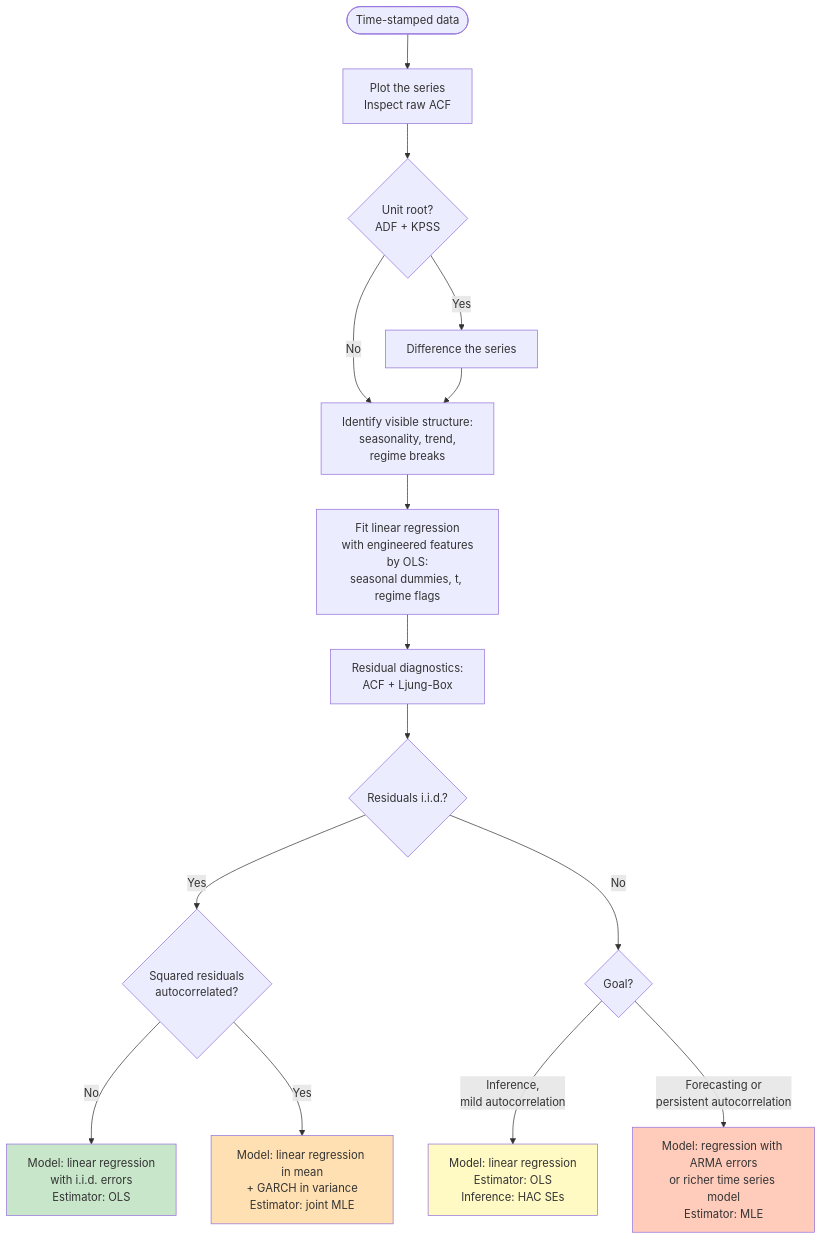
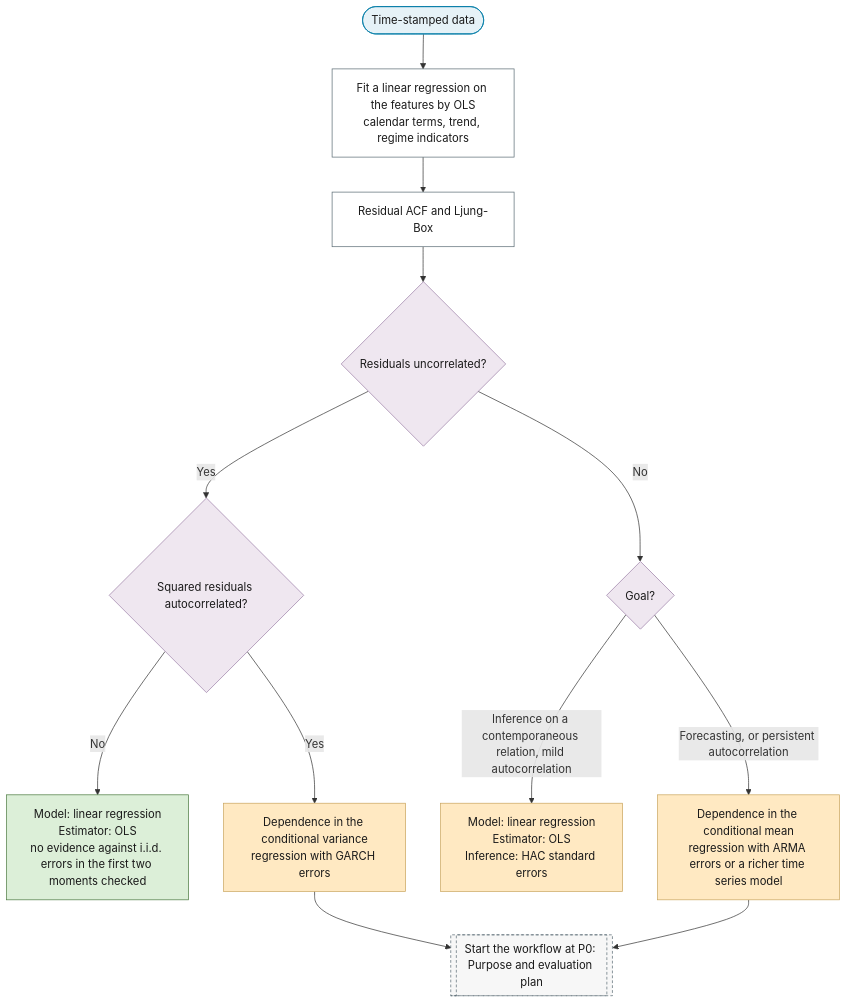
Before and after one commit to Shuxin-Y/time-series-analysis-manual: the diagram in docs/00-foundations/do-you-need-time-series-analysis.md, drawn with Mermaid. The commit also changed other lines of this file and 5 other files, not shown here.

First line of the commit message:
fix(part0): test logic, the gateway question on the errors, OLS assumption consequences

````diff
--- a/docs/00-foundations/do-you-need-time-series-analysis.md
+++ b/docs/00-foundations/do-you-need-time-series-analysis.md
@@ -48,23 +56,26 @@
 ```mermaid
 %% audit: skip
 graph TD
-    START([Time-stamped data]) --> PLOT[Plot the series<br/>Inspect raw ACF]
-    PLOT --> UNITROOT{Unit root?<br/>ADF + KPSS}
-    UNITROOT -->|Yes| DIFF[Difference the series]
-    UNITROOT -->|No| FEATURES[Identify visible structure:<br/>seasonality, trend,<br/>regime breaks]
-    DIFF --> FEATURES
-    FEATURES --> FIT[Fit linear regression<br/>with engineered features<br/>by OLS:<br/>seasonal dummies, t, regime flags]
-    FIT --> DIAG[Residual diagnostics:<br/>ACF + Ljung-Box]
-    DIAG --> RESIID{Residuals i.i.d.?}
-    RESIID -->|Yes| SQACF{Squared residuals<br/>autocorrelated?}
-    RESIID -->|No| GOAL{Goal?}
-    SQACF -->|No| OLSOK[Model: linear regression<br/>with i.i.d. errors<br/>Estimator: OLS]
-    SQACF -->|Yes| GARCH[Model: linear regression in mean<br/>+ GARCH in variance<br/>Estimator: joint MLE]
-    GOAL -->|Inference,<br/>mild autocorrelation| HAC[Model: linear regression<br/>Estimator: OLS<br/>Inference: HAC SEs]
-    GOAL -->|Forecasting or<br/>persistent autocorrelation| TS[Model: regression with ARMA errors<br/>or richer time series model<br/>Estimator: MLE]
-
-    style OLSOK fill:#c8e6c9
-    style HAC fill:#fff9c4
-    style GARCH fill:#ffe0b2
-    style TS fill:#ffccbc
+    START(["Time-stamped data"]) --> FIT["Fit a linear regression on the features by OLS<br/>calendar terms, trend, regime indicators"]
+    FIT --> DIAG["Residual ACF and Ljung-Box"]
+    DIAG --> UNCORR{"Residuals uncorrelated?"}
+    UNCORR -->|"Yes"| SQACF{"Squared residuals autocorrelated?"}
+    UNCORR -->|"No"| GOAL{"Goal?"}
+    SQACF -->|"No"| OLSOK["Model: linear regression<br/>Estimator: OLS<br/>no evidence against i.i.d. errors in the first two moments checked"]
+    SQACF -->|"Yes"| VARIANCE["Dependence in the conditional variance<br/>regression with GARCH errors"]
+    GOAL -->|"Inference on a contemporaneous relation, mild autocorrelation"| HAC["Model: linear regression<br/>Estimator: OLS<br/>Inference: HAC standard errors"]
+    GOAL -->|"Forecasting, or persistent autocorrelation"| MEAN["Dependence in the conditional mean<br/>regression with ARMA errors or a richer time series model"]
+    VARIANCE & MEAN --> P0[["Start the workflow at P0: Purpose and evaluation plan"]]
+    class START terminator
+    class UNCORR,SQACF,GOAL decision
+    class FIT,DIAG process
+    class OLSOK good
+    class HAC,VARIANCE,MEAN escalate
+    class P0 ref
+    classDef terminator fill:#E6F2F7,stroke:#007BA7,color:#1A1A1A;
+    classDef process fill:#FFFFFF,stroke:#5A6B73,color:#1A1A1A;
+    classDef decision fill:#EFE7F0,stroke:#9B7FA7,color:#1A1A1A;
+    classDef good fill:#DCEFD8,stroke:#4A7A3F,color:#1A1A1A;
+    classDef escalate fill:#FFE9C2,stroke:#C9A55E,color:#1A1A1A;
+    classDef ref fill:#F7F7F7,stroke:#5A6B73,color:#1A1A1A,stroke-dasharray:4 3;
 ```
````
